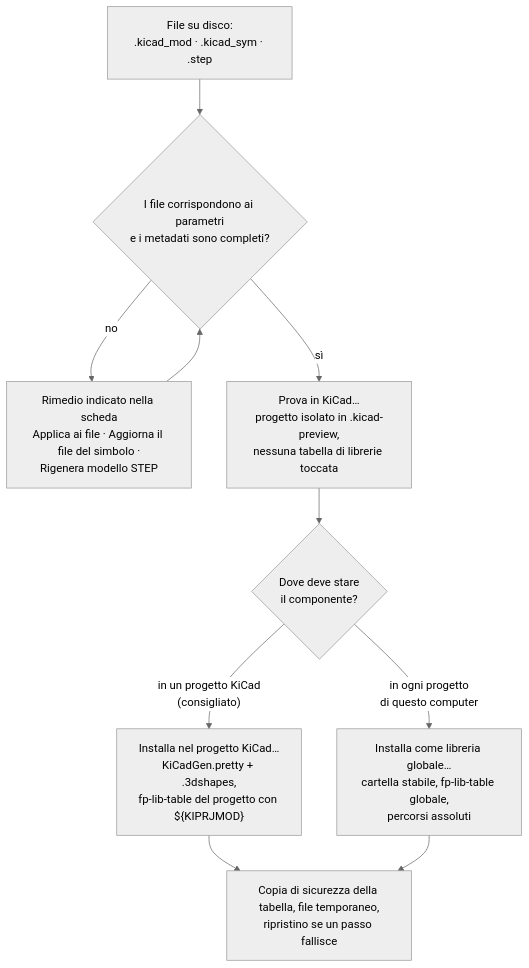
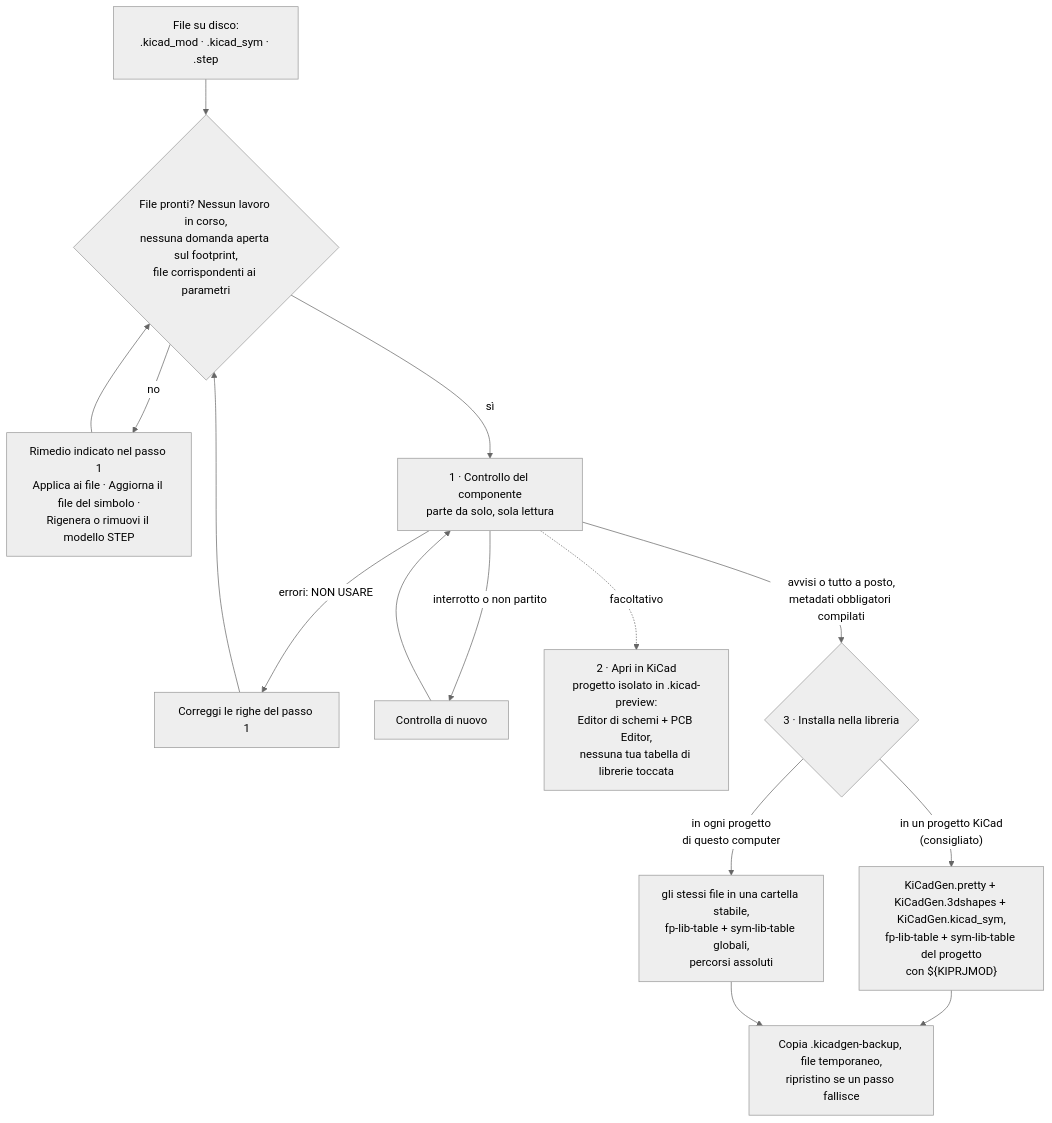
Before and after one commit to MirkoUgoliniDev/KiCad-ComponentGenerator: the third of 4 diagrams in README.it.md, drawn with Mermaid (neutral theme). The commit also changed other lines of this file and 139 other files, not shown here.

````diff
--- a/README.it.md
+++ b/README.it.md
@@ -504,11 +514,16 @@
 ```mermaid
 flowchart TD
-    F["File su disco:<br/>.kicad_mod · .kicad_sym · .step"] --> M{"I file corrispondono ai parametri<br/>e i metadati sono completi?"}
-    M -- no --> FIX["Rimedio indicato nella scheda<br/>Applica ai file · Aggiorna il file del simbolo ·<br/>Rigenera modello STEP"]
-    FIX --> M
-    M -- sì --> T["Prova in KiCad…<br/>progetto isolato in .kicad-preview,<br/>nessuna tabella di librerie toccata"]
-    T --> C{"Dove deve stare<br/>il componente?"}
-    C -- "in un progetto KiCad<br/>(consigliato)" --> PRJ["Installa nel progetto KiCad…<br/>KiCadGen.pretty + .3dshapes,<br/>fp-lib-table del progetto con ${KIPRJMOD}"]
-    C -- "in ogni progetto<br/>di questo computer" --> GLB["Installa come libreria globale…<br/>cartella stabile, fp-lib-table globale,<br/>percorsi assoluti"]
-    PRJ & GLB --> SAFE["Copia di sicurezza della tabella, file temporaneo,<br/>ripristino se un passo fallisce"]
+    F["File su disco:<br/>.kicad_mod · .kicad_sym · .step"] --> G{"File pronti? Nessun lavoro in corso,<br/>nessuna domanda aperta sul footprint,<br/>file corrispondenti ai parametri"}
+    G -- no --> FIX["Rimedio indicato nel passo 1<br/>Applica ai file · Aggiorna il file del simbolo ·<br/>Rigenera o rimuovi il modello STEP"]
+    FIX --> G
+    G -- sì --> C["1 · Controllo del componente<br/>parte da solo, sola lettura"]
+    C -- "errori: NON USARE" --> ROWS["Correggi le righe del passo 1"]
+    ROWS --> G
+    C -- "interrotto o non partito" --> AGAIN["Controlla di nuovo"]
+    AGAIN --> C
+    C -.->|facoltativo| P["2 · Apri in KiCad<br/>progetto isolato in .kicad-preview:<br/>Editor di schemi + PCB Editor,<br/>nessuna tua tabella di librerie toccata"]
+    C -- "avvisi o tutto a posto,<br/>metadati obbligatori compilati" --> I{"3 · Installa nella libreria"}
+    I -- "in un progetto KiCad<br/>(consigliato)" --> PRJ["KiCadGen.pretty + KiCadGen.3dshapes + KiCadGen.kicad_sym,<br/>fp-lib-table + sym-lib-table del progetto<br/>con ${KIPRJMOD}"]
+    I -- "in ogni progetto<br/>di questo computer" --> GLB["gli stessi file in una cartella stabile,<br/>fp-lib-table + sym-lib-table globali,<br/>percorsi assoluti"]
+    PRJ & GLB --> SAFE["Copia .kicadgen-backup, file temporaneo,<br/>ripristino se un passo fallisce"]
 ```
````
